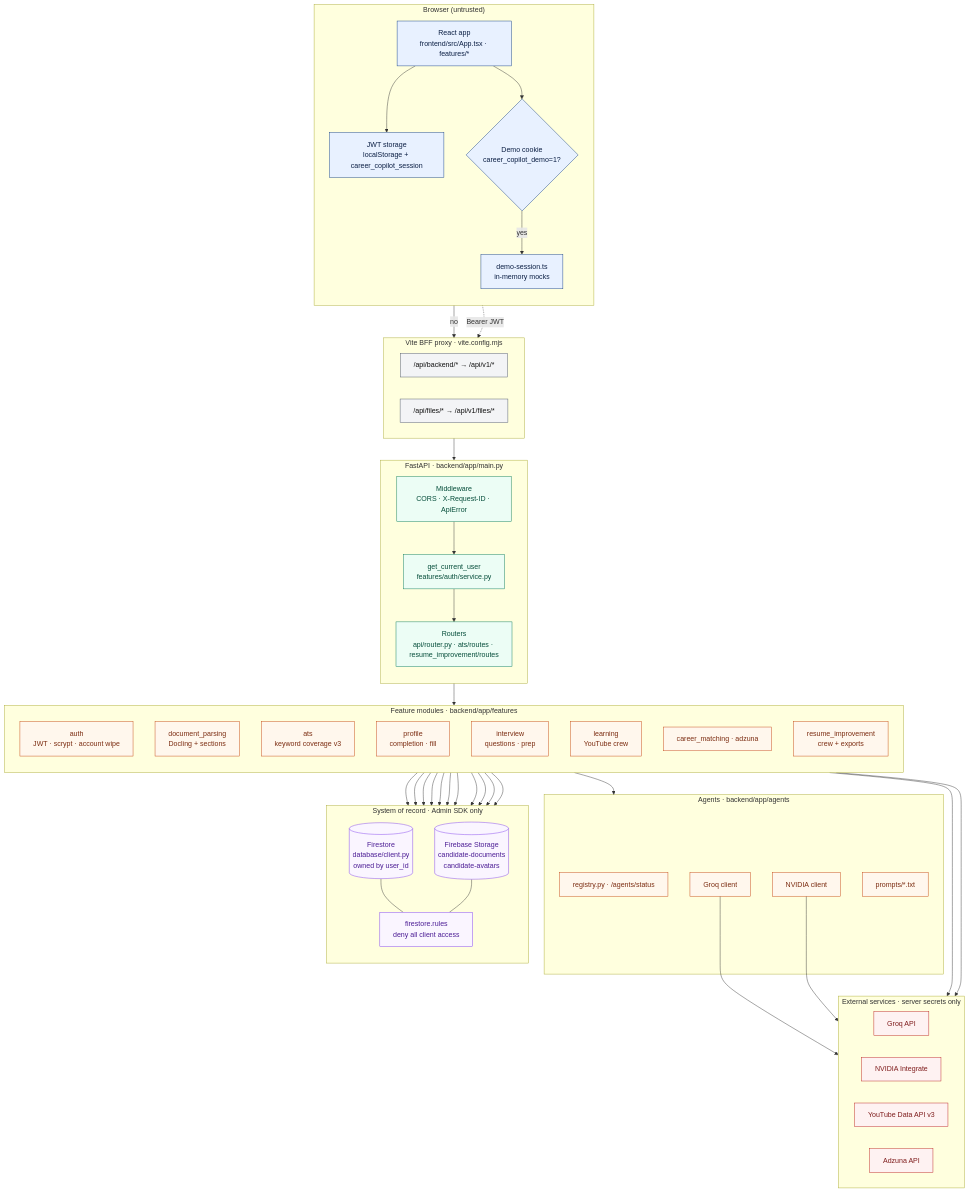
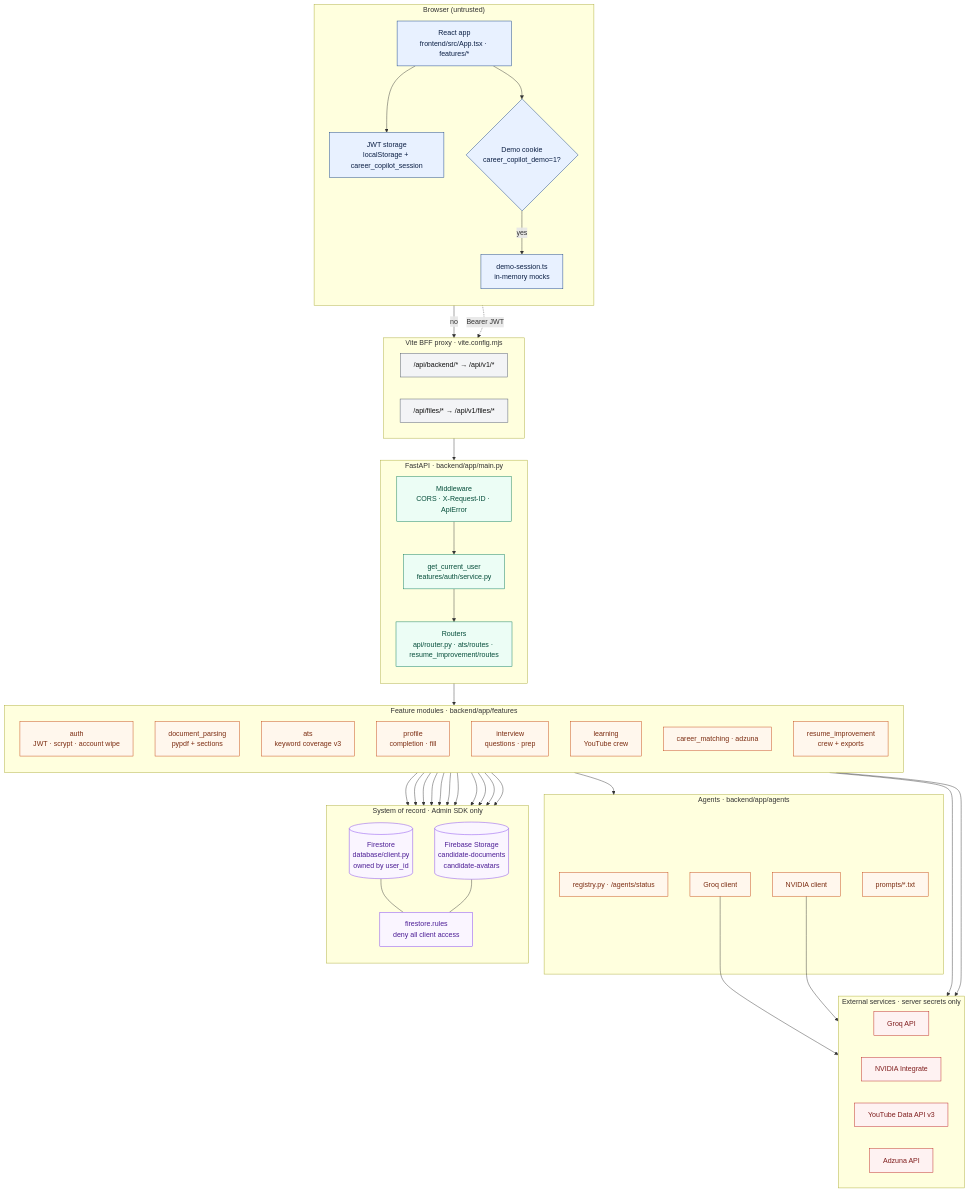
One commit to RonakkudalAI/AI-Career-Copilot changed the first of 5 diagrams in docs/diagrams.md. Above: the diagram before and after it, drawn with Mermaid. The commit also changed other lines of this file and 47 other files, not shown here.

```diff
--- a/docs/diagrams.md
+++ b/docs/diagrams.md
@@ -40,7 +40,7 @@
   subgraph DOMAIN["Feature modules · backend/app/features"]
     direction TB
     F_AUTH["auth<br/>JWT · scrypt · account wipe"]
-    F_PARSE["document_parsing<br/>Docling + sections"]
+    F_PARSE["document_parsing<br/>pypdf + sections"]
     F_ATS["ats<br/>keyword coverage v3"]
     F_PROF["profile<br/>completion · fill"]
     F_INT["interview<br/>questions · prep"]
```
